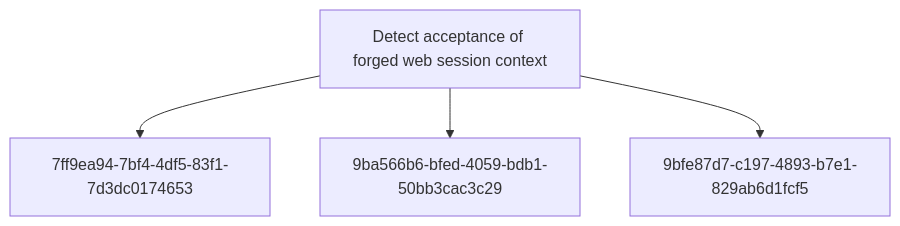
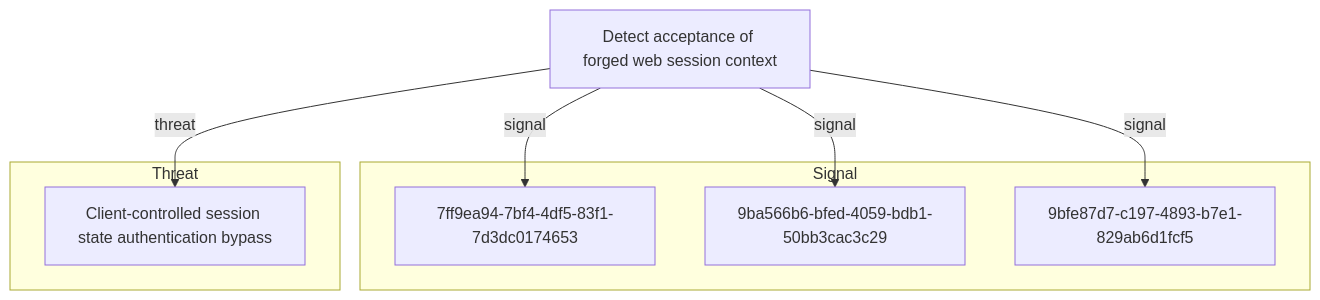
One commit to opentidehq/library changed the diagram in docs/objectives/detect-acceptance-of-forged-web-session-context.md. Above: the diagram before and after it, drawn with Mermaid. The commit also changed other lines of this file and 277 other files, not shown here.

````diff
--- a/docs/objectives/detect-acceptance-of-forged-web-session-context.md
+++ b/docs/objectives/detect-acceptance-of-forged-web-session-context.md
@@ -50,10 +108,16 @@
 ```mermaid
 flowchart TB
-d4c509d7_f9ab_452a_a91d_4da040095414["Detect acceptance of forged web session context"]
+subgraph "Signal"
 7ff9ea94_7bf4_4df5_83f1_7d3dc0174653["7ff9ea94-7bf4-4df5-83f1-7d3dc0174653"]
 9ba566b6_bfed_4059_bdb1_50bb3cac3c29["9ba566b6-bfed-4059-bdb1-50bb3cac3c29"]
 9bfe87d7_c197_4893_b7e1_829ab6d1fcf5["9bfe87d7-c197-4893-b7e1-829ab6d1fcf5"]
-d4c509d7_f9ab_452a_a91d_4da040095414 --> 7ff9ea94_7bf4_4df5_83f1_7d3dc0174653
-d4c509d7_f9ab_452a_a91d_4da040095414 --> 9ba566b6_bfed_4059_bdb1_50bb3cac3c29
-d4c509d7_f9ab_452a_a91d_4da040095414 --> 9bfe87d7_c197_4893_b7e1_829ab6d1fcf5
+end
+subgraph "Threat"
+38adba1e_0961_4417_bd84_33fa9c42439f["Client-controlled session state authentication bypass"]
+end
+d4c509d7_f9ab_452a_a91d_4da040095414["Detect acceptance of forged web session context"]
+d4c509d7_f9ab_452a_a91d_4da040095414 -->|signal| 7ff9ea94_7bf4_4df5_83f1_7d3dc0174653
+d4c509d7_f9ab_452a_a91d_4da040095414 -->|signal| 9ba566b6_bfed_4059_bdb1_50bb3cac3c29
+d4c509d7_f9ab_452a_a91d_4da040095414 -->|signal| 9bfe87d7_c197_4893_b7e1_829ab6d1fcf5
+d4c509d7_f9ab_452a_a91d_4da040095414 -->|threat| 38adba1e_0961_4417_bd84_33fa9c42439f
 ```
````
